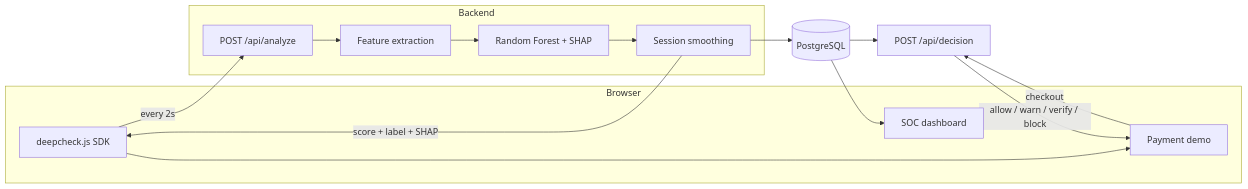
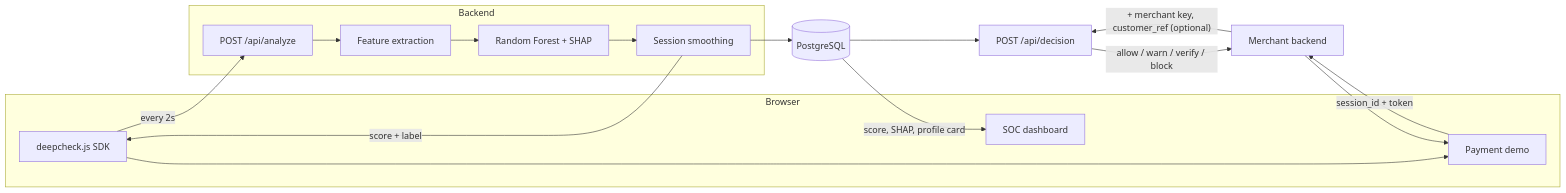
One commit to hhuseynov0707-web/deepcheck changed the diagram in README.md. Above: the diagram before and after it, drawn with Mermaid. The commit also changed other lines of this file and 41 other files, not shown here.

````diff
--- a/README.md
+++ b/README.md
@@ -34,29 +34,33 @@
 ```mermaid
 flowchart LR
     subgraph Browser
         A[deepcheck.js SDK]
         I[Payment demo]
         J[SOC dashboard]
     end
 
     subgraph Backend
         B[POST /api/analyze]
         C[Feature extraction]
         D[Random Forest + SHAP]
         G[Session smoothing]
     end
 
     H[(PostgreSQL)]
 
+    M[Merchant backend]
+
     A -->|every 2s| B
     B --> C
     C --> D
     D --> G
     G --> H
-    G -->|score + label + SHAP| A
+    G -->|score + label| A
     A --> I
-    H --> J
-    I -->|checkout| K[POST /api/decision]
+    H -->|score, SHAP, profile card| J
+    I -->|session_id + token| M
+    M -->|"+ merchant key, customer_ref (optional)"| K[POST /api/decision]
     H --> K
-    K -->|allow / warn / verify / block| I
+    K -->|allow / warn / verify / block| M
+    M --> I
 ```
````
